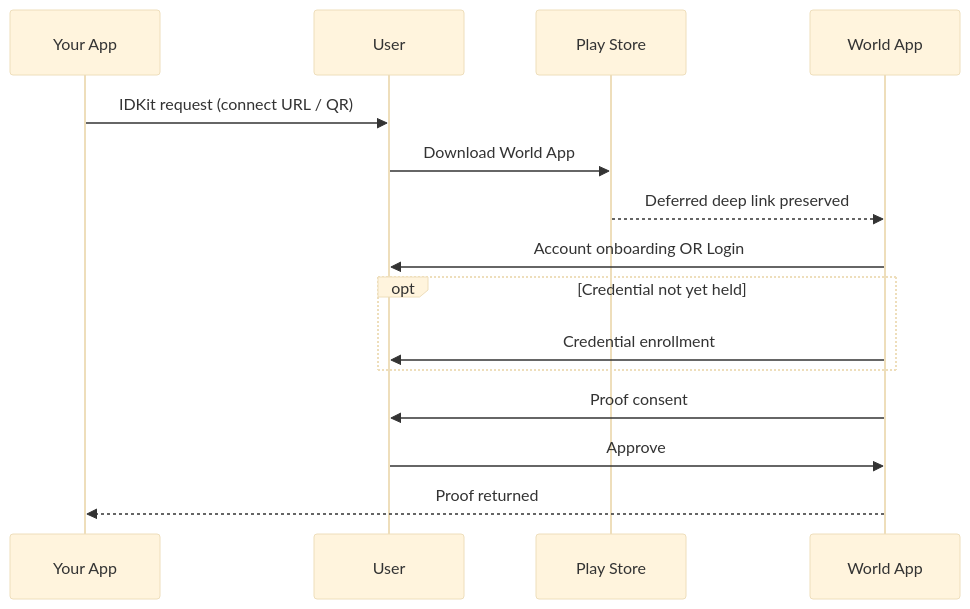
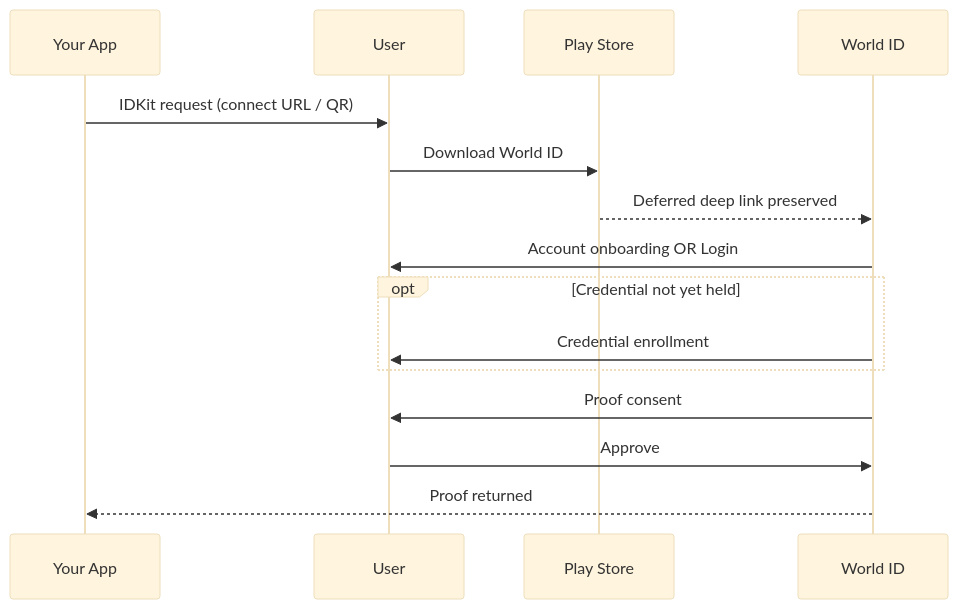
One commit to worldcoin/developer-docs changed the first of 3 diagrams in world-id/idkit/verification-flows.mdx. Above: the diagram before and after it, drawn with Mermaid (base theme). The commit also changed other lines of this file and 9 other files, not shown here.

Commit message:
[world id] - switch to World ID instead of World App (#140)

````diff
--- a/world-id/idkit/verification-flows.mdx
+++ b/world-id/idkit/verification-flows.mdx
@@ -28,19 +28,19 @@
 ```mermaid
 sequenceDiagram
     participant App as Your App
     participant User
     participant Play as Play Store
-    participant WA as World App
+    participant WA as World ID
 
     App->>User: IDKit request (connect URL / QR)
-    User->>Play: Download World App
+    User->>Play: Download World ID
     Play-->>WA: Deferred deep link preserved
 
     WA->>User: Account onboarding OR Login
     opt Credential not yet held
       WA->>User: Credential enrollment
     end
     WA->>User: Proof consent
     User->>WA: Approve
     WA-->>App: Proof returned
 ```
````
